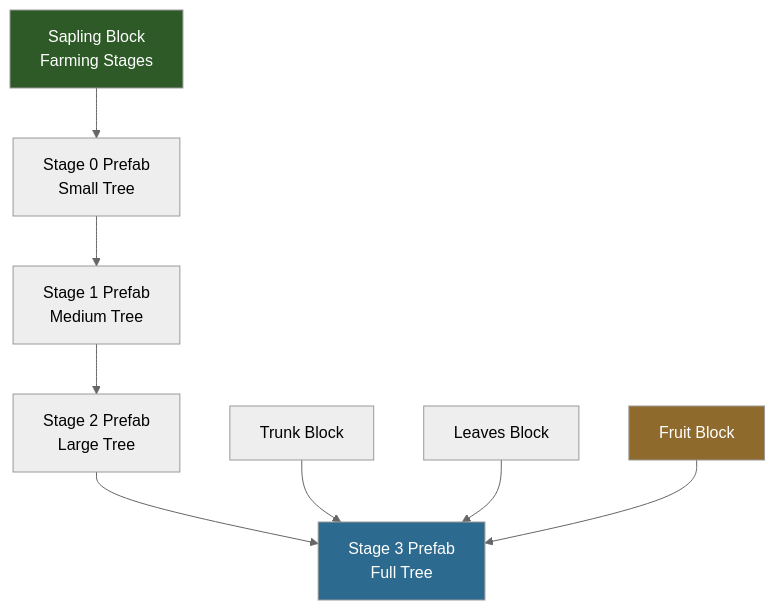
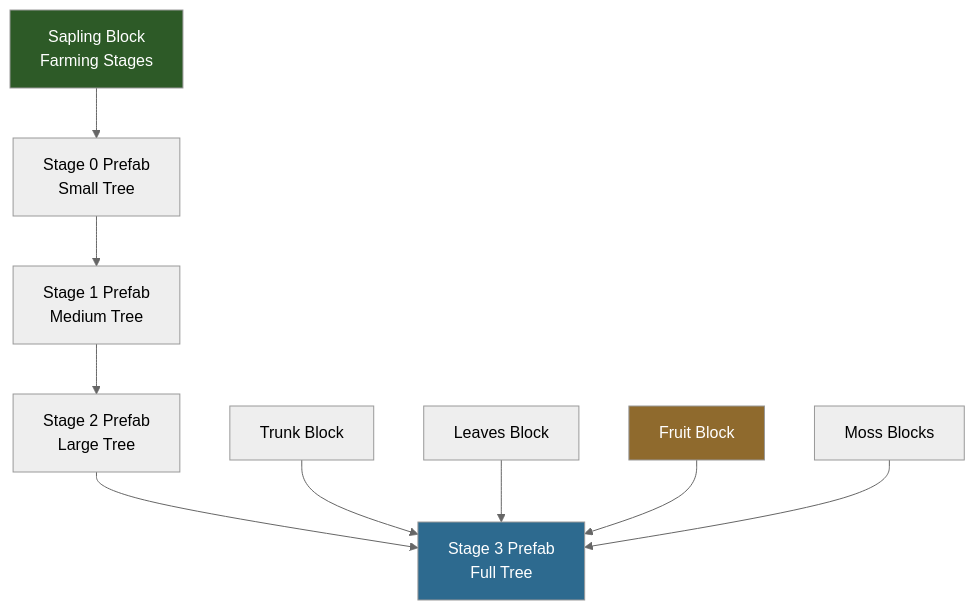
One commit to nevesb/hytale-modding-docs changed the first of 2 diagrams in src/content/docs/tutorials/intermediate/custom-trees-and-saplings.md. Above: the diagram before and after it, drawn with Mermaid (neutral theme). The commit also changed other lines of this file and 7 other files, not shown here.

````diff
--- a/src/content/docs/tutorials/intermediate/custom-trees-and-saplings.md
+++ b/src/content/docs/tutorials/intermediate/custom-trees-and-saplings.md
@@ -32,15 +48,16 @@
 ```mermaid
 flowchart TD;
     A[Sapling Block<br>Farming Stages] --> B[Stage 0 Prefab<br>Small Tree];
     B --> C[Stage 1 Prefab<br>Medium Tree];
     C --> D[Stage 2 Prefab<br>Large Tree];
     D --> E[Stage 3 Prefab<br>Full Tree];
 
     F[Trunk Block] --> E;
     G[Leaves Block] --> E;
     H[Fruit Block] --> E;
+    I[Moss Blocks] --> E;
 
     style A fill:#2d5a27,color:#fff;
     style E fill:#2d6a8f,color:#fff;
     style H fill:#8f6a2d,color:#fff;
 ```
````
